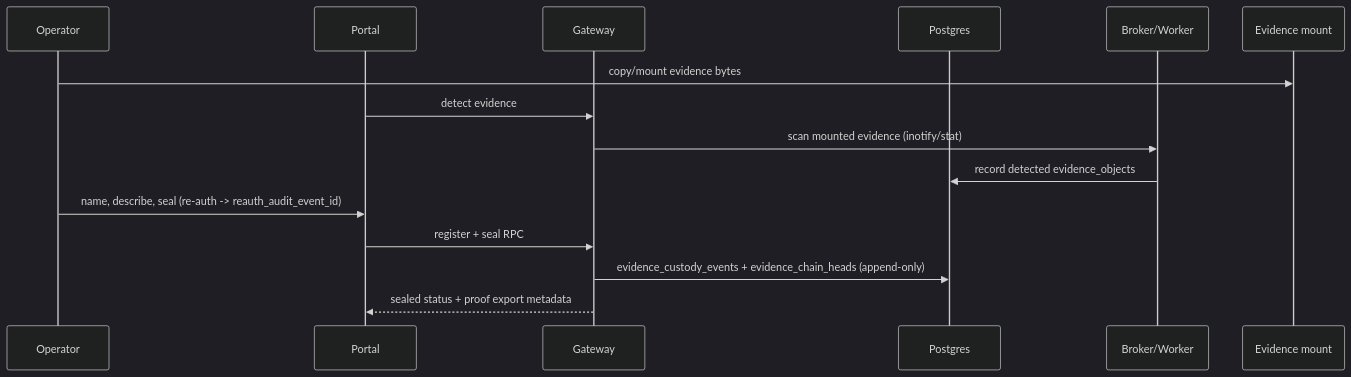
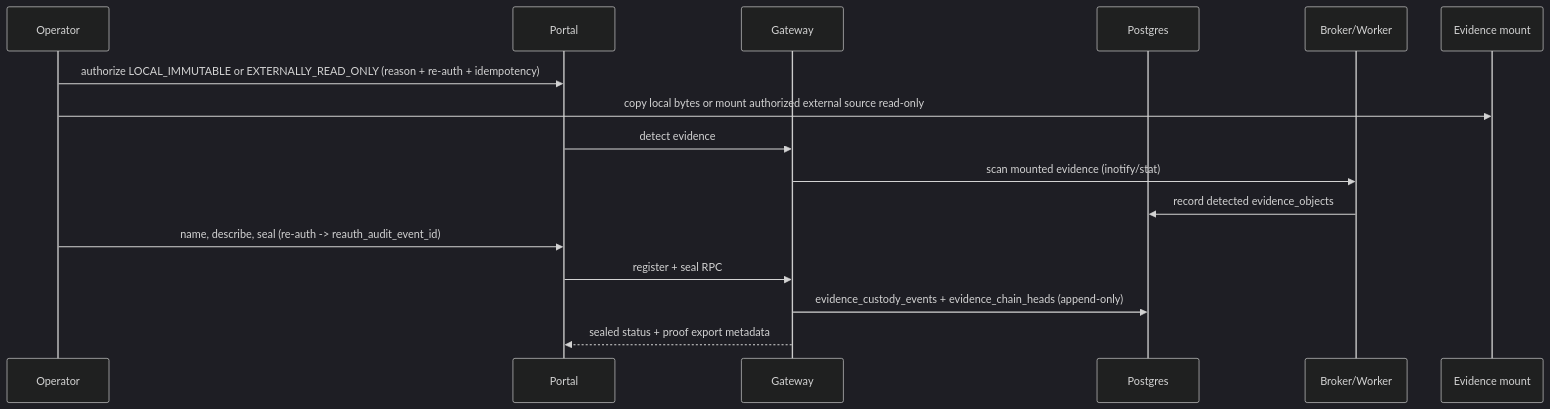
Before and after one commit to xyehya/sift-mcps: the third of 7 diagrams in docs/drafts/data-flows-and-lifecycles.md, drawn with Mermaid (dark theme). The commit also changed other lines of this file and 18 other files, not shown here.

````diff
--- a/docs/drafts/data-flows-and-lifecycles.md
+++ b/docs/drafts/data-flows-and-lifecycles.md
@@ -131,17 +131,18 @@
 ```mermaid
 sequenceDiagram
   participant O as Operator
   participant P as Portal
   participant G as Gateway
   participant DB as Postgres
   participant W as Broker/Worker
   participant E as Evidence mount
-  O->>E: copy/mount evidence bytes
+  O->>P: authorize LOCAL_IMMUTABLE or EXTERNALLY_READ_ONLY (reason + re-auth + idempotency)
+  O->>E: copy local bytes or mount authorized external source read-only
   P->>G: detect evidence
   G->>W: scan mounted evidence (inotify/stat)
   W->>DB: record detected evidence_objects
   O->>P: name, describe, seal (re-auth -> reauth_audit_event_id)
   P->>G: register + seal RPC
   G->>DB: evidence_custody_events + evidence_chain_heads (append-only)
   G-->>P: sealed status + proof export metadata
 ```
````
